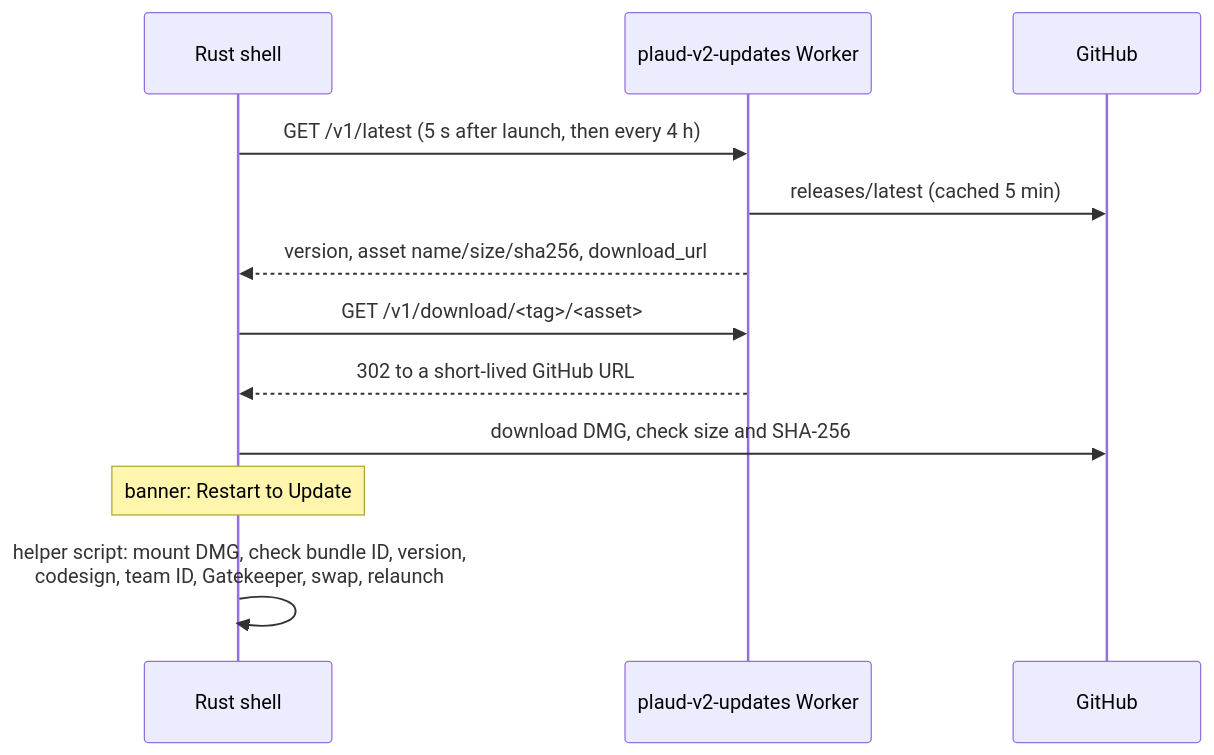
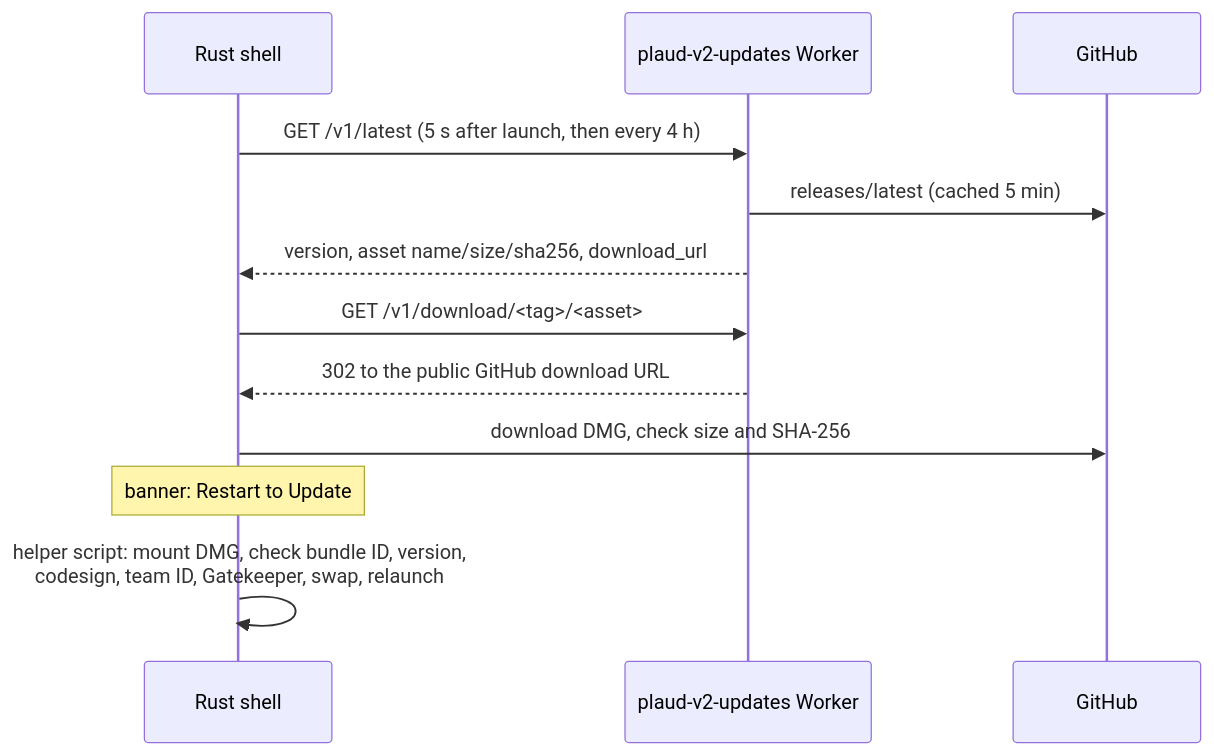
Before and after one commit to Obednal97/OpenPin: the second of 2 diagrams in docs/ARCHITECTURE.md, drawn with Mermaid. The commit also changed 5 other files, not shown here.

First line of the commit message:
Update Worker: redirect downloads to the public GitHub URL, no API call

````diff
--- a/docs/ARCHITECTURE.md
+++ b/docs/ARCHITECTURE.md
@@ -358,14 +358,14 @@
 ```mermaid
 sequenceDiagram
     participant App as Rust shell
     participant W as plaud-v2-updates Worker
     participant GH as GitHub
     App->>W: GET /v1/latest (5 s after launch, then every 4 h)
     W->>GH: releases/latest (cached 5 min)
     W-->>App: version, asset name/size/sha256, download_url
     App->>W: GET /v1/download/<tag>/<asset>
-    W-->>App: 302 to a short-lived GitHub URL
+    W-->>App: 302 to the public GitHub download URL
     App->>GH: download DMG, check size and SHA-256
     Note over App: banner: Restart to Update
     App->>App: helper script: mount DMG, check bundle ID, version,<br/>codesign, team ID, Gatekeeper, swap, relaunch
 ```
````
